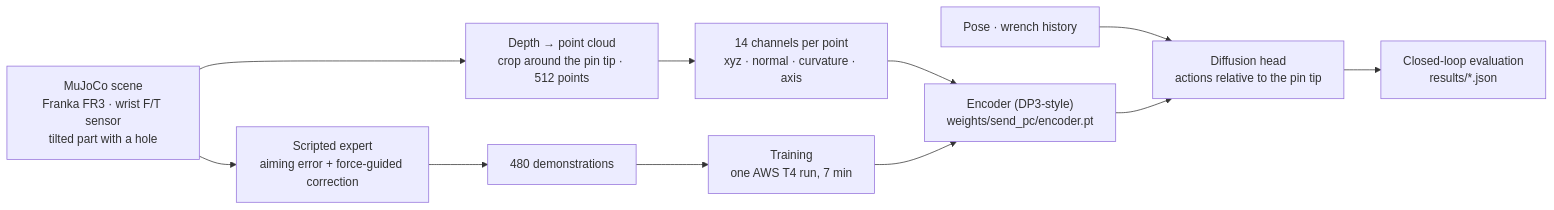
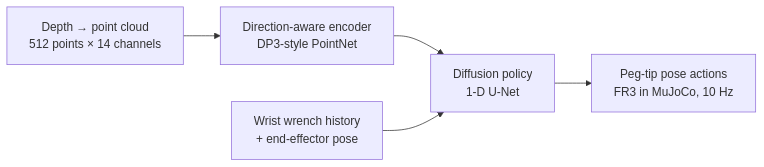
One commit to Yang251552/pc-direction-encoder changed the diagram in README.md. Above: the diagram before and after it, drawn with Mermaid. The commit also changed other lines of this file, not shown here.

First line of the commit message:
README: reviewer skim path (stack block, results with ablation contrast, project fit before a simplified pipeline)

````diff
--- a/README.md
+++ b/README.md
@@ -19,13 +32,7 @@
 ```mermaid
 flowchart LR
-    S["MuJoCo scene<br/>Franka FR3 · wrist F/T sensor<br/>tilted part with a hole"] --> E["Scripted expert<br/>aiming error + force-guided correction"]
-    E --> D["480 demonstrations"]
-    S --> C["Depth → point cloud<br/>crop around the pin tip · 512 points"]
-    C --> F["14 channels per point<br/>xyz · normal · curvature · axis"]
-    F --> N["Encoder (DP3-style)<br/>weights/send_pc/encoder.pt"]
-    W["Pose · wrench history"] --> H
-    N --> H["Diffusion head<br/>actions relative to the pin tip"]
-    D --> T["Training<br/>one AWS T4 run, 7 min"]
-    T --> N
-    H --> R["Closed-loop evaluation<br/>results/*.json"]
+    P["Depth → point cloud<br/>512 points × 14 channels"] --> E["Direction-aware encoder<br/>DP3-style PointNet"]
+    E --> H["Diffusion policy<br/>1-D U-Net"]
+    W["Wrist wrench history<br/>+ end-effector pose"] --> H
+    H --> A["Peg-tip pose actions<br/>FR3 in MuJoCo, 10 Hz"]
 ```
````
